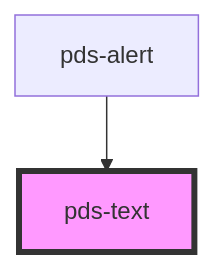
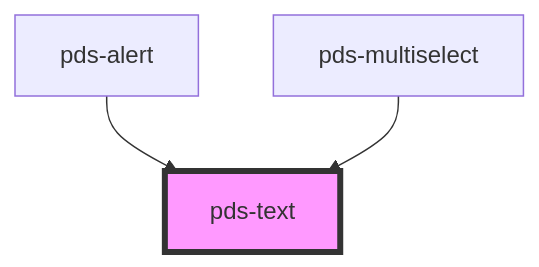
One commit to Kajabi/pine changed the diagram in libs/core/src/components/pds-text/readme.md. Above: the diagram before and after it, drawn with Mermaid. The commit also changed other lines of this file and 9 other files, not shown here.

First line of the commit message:
feat(pds-multiselect): add create tag functionality to pds-multiselect (#652)

````diff
--- a/libs/core/src/components/pds-text/readme.md
+++ b/libs/core/src/components/pds-text/readme.md
@@ -37,5 +38,6 @@
 ```mermaid
 graph TD;
   pds-alert --> pds-text
+  pds-multiselect --> pds-text
   style pds-text fill:#f9f,stroke:#333,stroke-width:4px
 ```
````
